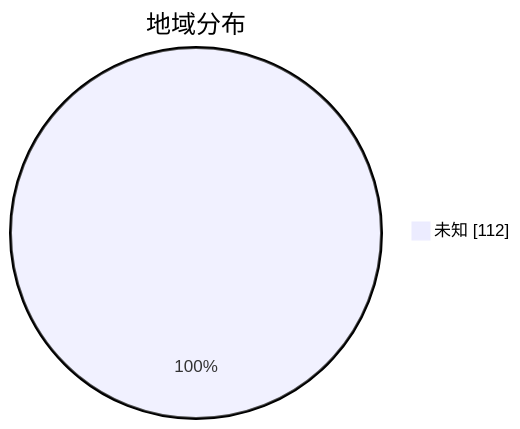
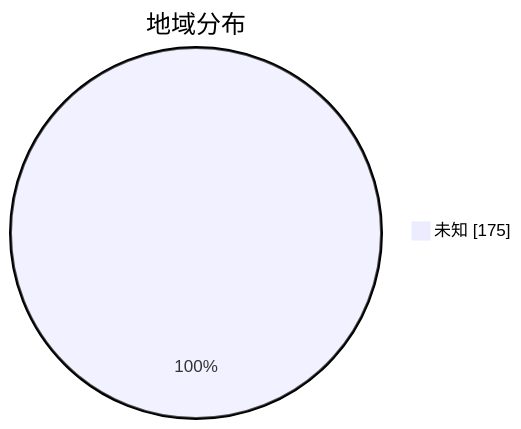
One commit to qjlxg/airport changed the second of 3 diagrams in subs/statistics/tested_within.md. Above: the diagram before and after it, drawn with Mermaid. The commit also changed other lines of this file and 2 other files, not shown here.

````diff
--- a/subs/statistics/tested_within.md
+++ b/subs/statistics/tested_within.md
@@ -11,5 +11,5 @@
 ```mermaid
 pie showData
 title 地域分布
-"未知" : 112
+"未知" : 175
 ```
````
